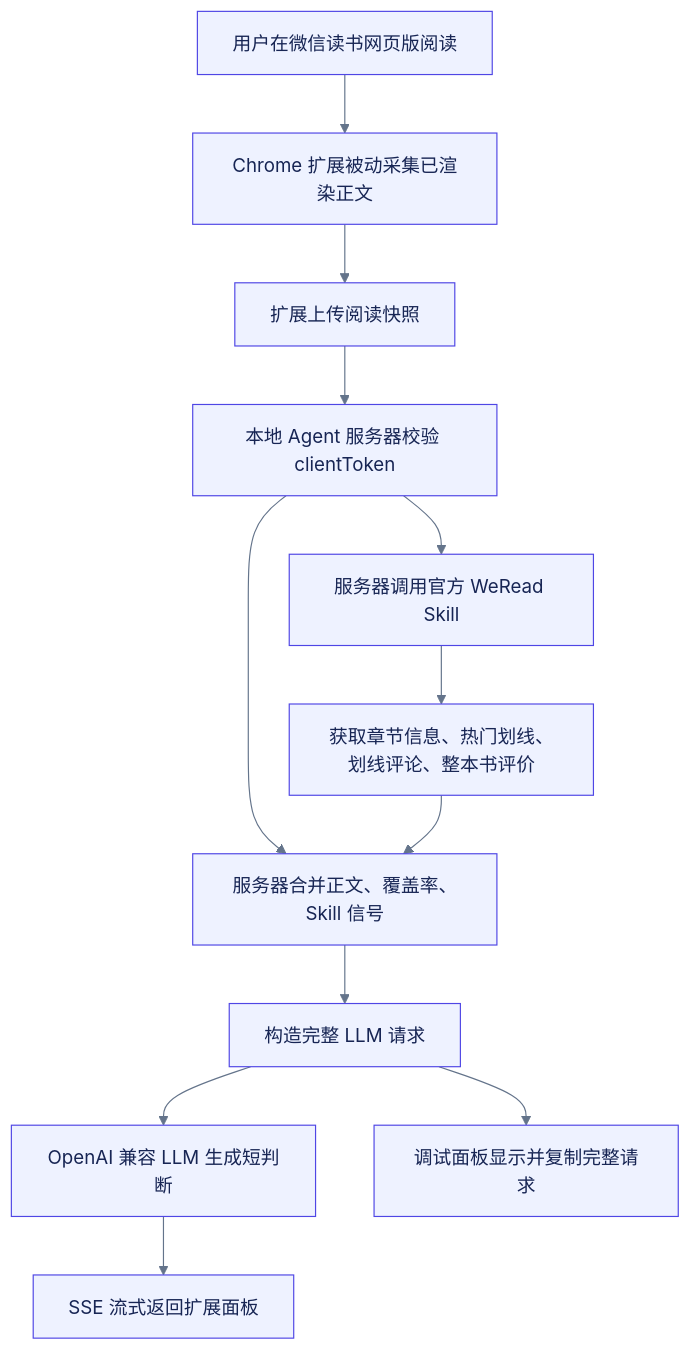
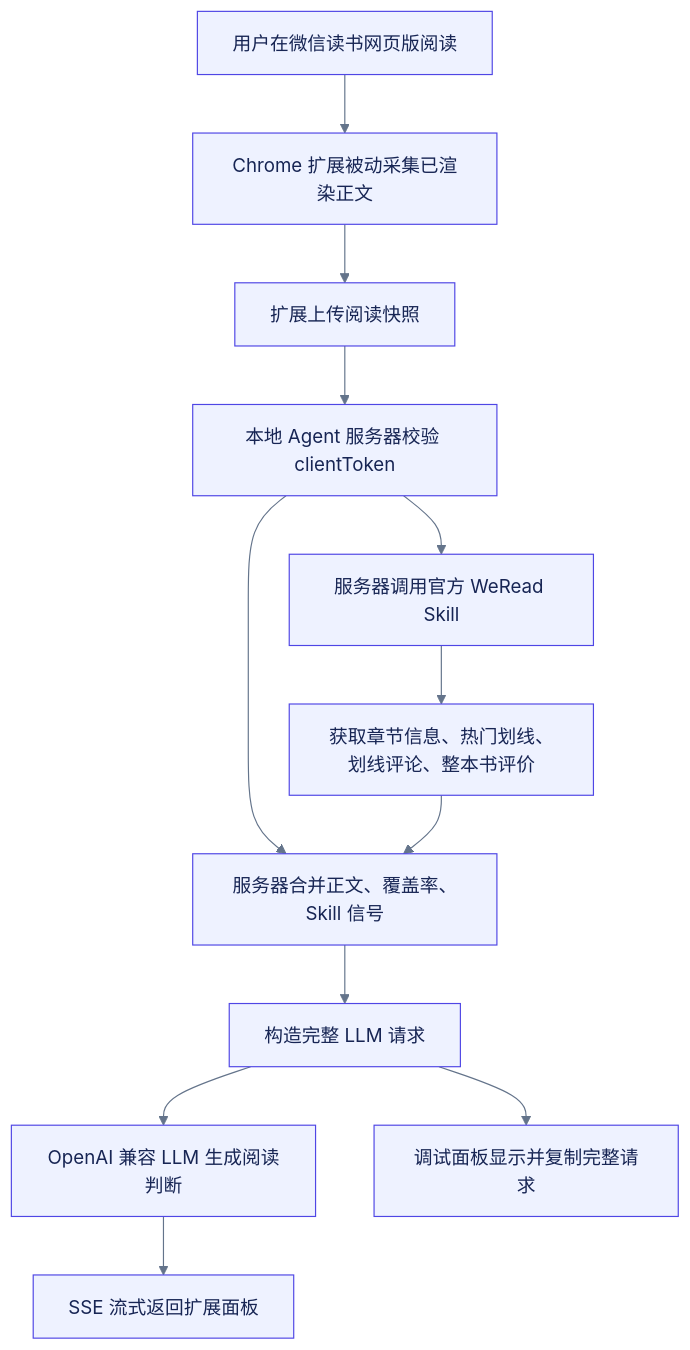
The diagram in README.md (unix2dos/weread-ai-reader), drawn with Mermaid before and after one commit. The commit also changed other lines of this file and 4 other files, not shown here.

````diff
--- a/README.md
+++ b/README.md
@@ -13,15 +13,15 @@
 ```mermaid
 %%{init: {'theme': 'base', 'themeVariables': { 'primaryColor': '#EEF2FF', 'primaryTextColor': '#172554', 'primaryBorderColor': '#4F46E5', 'lineColor': '#64748B', 'secondaryColor': '#ECFDF5', 'tertiaryColor': '#FFF7ED'}}}%%
 flowchart TD
   A["用户在微信读书网页版阅读"] --> B["Chrome 扩展被动采集已渲染正文"]
   B --> C["扩展上传阅读快照"]
   C --> D["本地 Agent 服务器校验 clientToken"]
   D --> E["服务器调用官方 WeRead Skill"]
   E --> F["获取章节信息、热门划线、划线评论、整本书评价"]
   D --> G["服务器合并正文、覆盖率、Skill 信号"]
   F --> G
   G --> H["构造完整 LLM 请求"]
-  H --> I["OpenAI 兼容 LLM 生成短判断"]
+  H --> I["OpenAI 兼容 LLM 生成阅读判断"]
   I --> J["SSE 流式返回扩展面板"]
   H --> K["调试面板显示并复制完整请求"]
 ```
````
